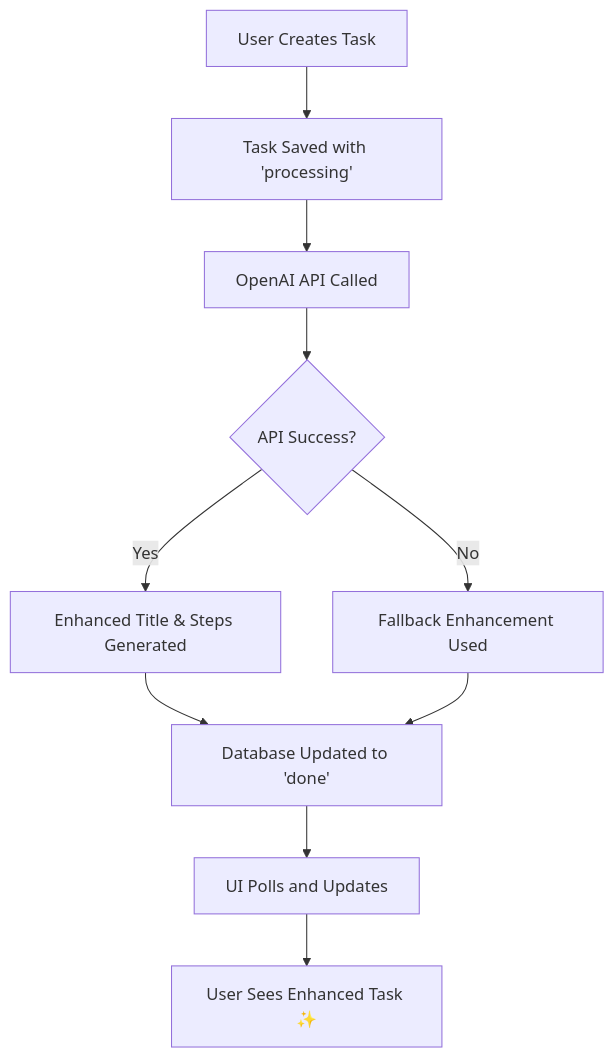
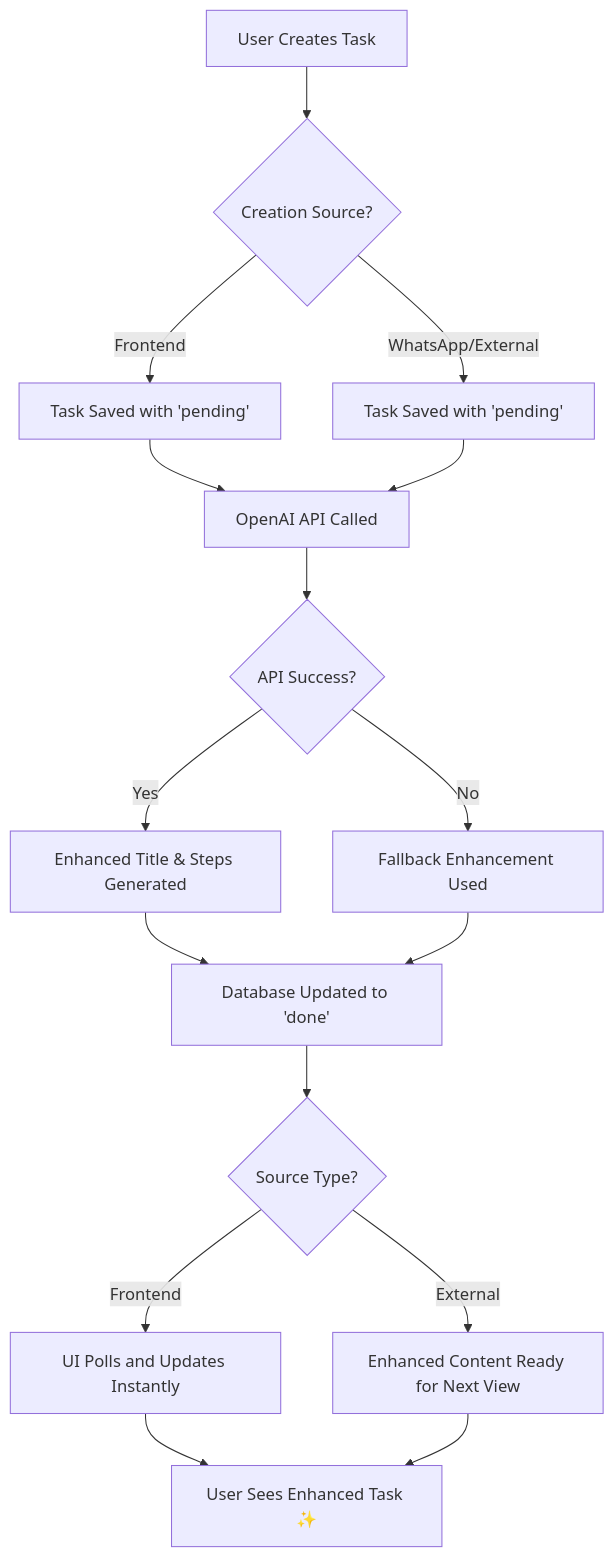
Before and after one commit to Omarhersan/todoApp: the diagram in IMPLEMENTATION_SUMMARY.md, drawn with Mermaid. The commit also changed other lines of this file, not shown here.

Commit message:
docs: Update implementation summary for multi-channel enhancement
- Document WhatsApp/external API auto-enhancement
- Add multi-channel user experience flows
- Update API endpoints documentation
- Enhance process flow diagram for all sources
- Clarify enhancement works across frontend and external APIs

````diff
--- a/IMPLEMENTATION_SUMMARY.md
+++ b/IMPLEMENTATION_SUMMARY.md
@@ -76,12 +86,18 @@
 ```mermaid
 graph TD
-    A[User Creates Task] --> B[Task Saved with 'processing']
-    B --> C[OpenAI API Called]
-    C --> D{API Success?}
-    D -->|Yes| E[Enhanced Title & Steps Generated]
-    D -->|No| F[Fallback Enhancement Used]
-    E --> G[Database Updated to 'done']
-    F --> G
-    G --> H[UI Polls and Updates]
-    H --> I[User Sees Enhanced Task ✨]
+    A[User Creates Task] --> B{Creation Source?}
+    B -->|Frontend| C[Task Saved with 'pending']
+    B -->|WhatsApp/External| D[Task Saved with 'pending']
+    C --> E[OpenAI API Called]
+    D --> E
+    E --> F{API Success?}
+    F -->|Yes| G[Enhanced Title & Steps Generated]
+    F -->|No| H[Fallback Enhancement Used]
+    G --> I[Database Updated to 'done']
+    H --> I
+    I --> J{Source Type?}
+    J -->|Frontend| K[UI Polls and Updates Instantly]
+    J -->|External| L[Enhanced Content Ready for Next View]
+    K --> M[User Sees Enhanced Task ✨]
+    L --> M
 ```
````
